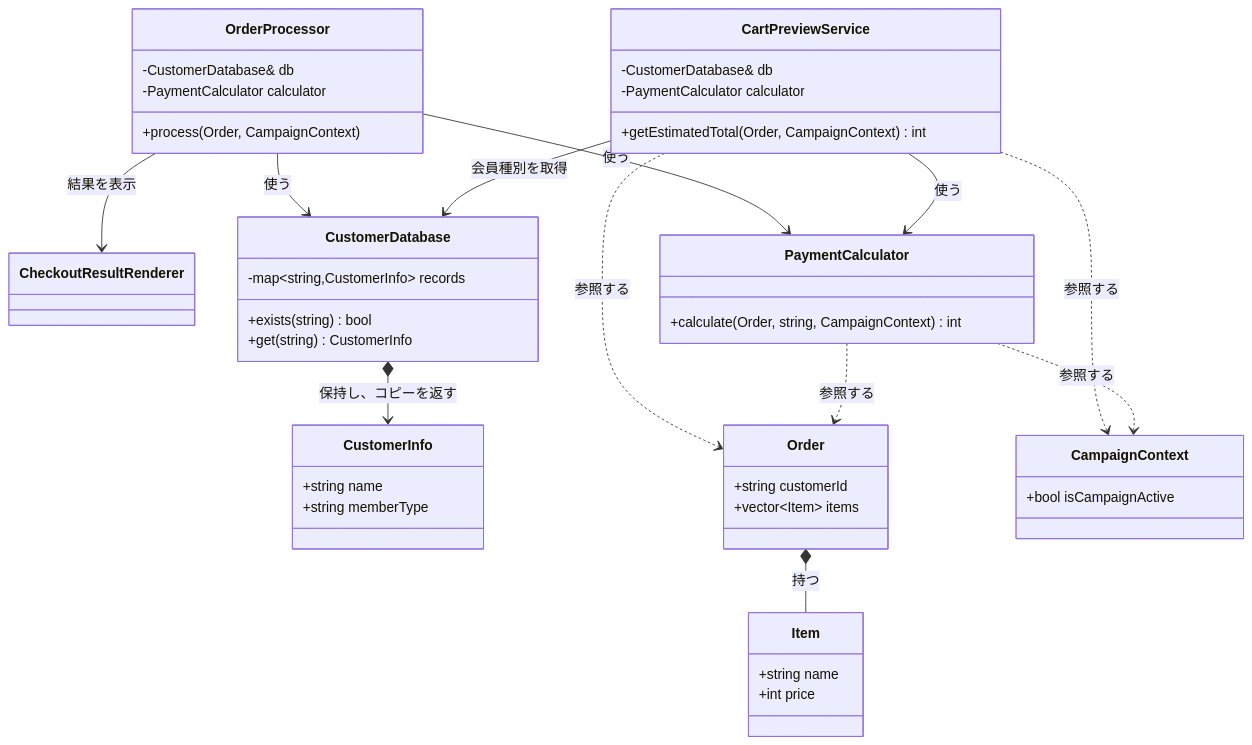
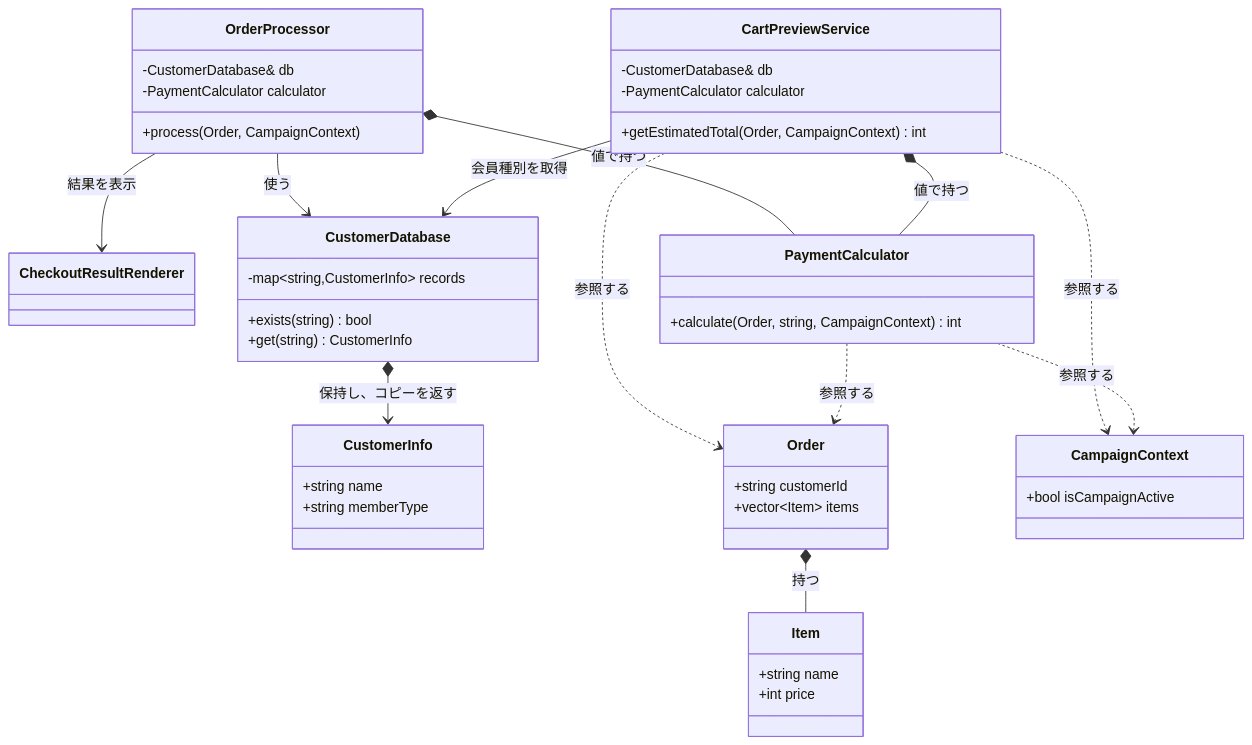
One commit to kumachan1101-pixel/DesignPattern changed the third of 14 diagrams in kindle/design-patterns/books/volume01-core-patterns/output/03-chapter01.md. Above: the diagram before and after it, drawn with Mermaid. The commit also changed other lines of this file and 6 other files, not shown here.

First line of the commit message:
要求の定義・エラー条件・クラス図を実物へ合わせる

````diff
--- a/kindle/design-patterns/books/volume01-core-patterns/output/03-chapter01.md
+++ b/kindle/design-patterns/books/volume01-core-patterns/output/03-chapter01.md
@@ -287,50 +277,50 @@
 ```mermaid
 classDiagram
     direction TB
     class CheckoutResultRenderer
     class CustomerDatabase {
         -map~string,CustomerInfo~ records
         +exists(string) bool
         +get(string) CustomerInfo
     }
     class CustomerInfo {
         +string name
         +string memberType
     }
     class OrderProcessor {
         -CustomerDatabase& db
         -PaymentCalculator calculator
         +process(Order, CampaignContext)
     }
     class PaymentCalculator {
         +calculate(Order, string, CampaignContext) int
     }
     class CartPreviewService {
         -CustomerDatabase& db
         -PaymentCalculator calculator
         +getEstimatedTotal(Order, CampaignContext) int
     }
     class Order {
         +string customerId
         +vector~Item~ items
     }
     class Item {
         +string name
         +int price
     }
     class CampaignContext {
         +bool isCampaignActive
     }
 
     OrderProcessor --> CustomerDatabase : 使う
-    OrderProcessor --> PaymentCalculator : 使う
+    OrderProcessor *-- PaymentCalculator : 値で持つ
     OrderProcessor --> CheckoutResultRenderer : 結果を表示
     CustomerDatabase *--> CustomerInfo : 保持し、コピーを返す
     CartPreviewService --> CustomerDatabase : 会員種別を取得
-    CartPreviewService --> PaymentCalculator : 使う
+    CartPreviewService *-- PaymentCalculator : 値で持つ
     CartPreviewService ..> Order : 参照する
     CartPreviewService ..> CampaignContext : 参照する
     PaymentCalculator ..> Order : 参照する
     PaymentCalculator ..> CampaignContext : 参照する
     Order *-- Item : 持つ
 ```
````
